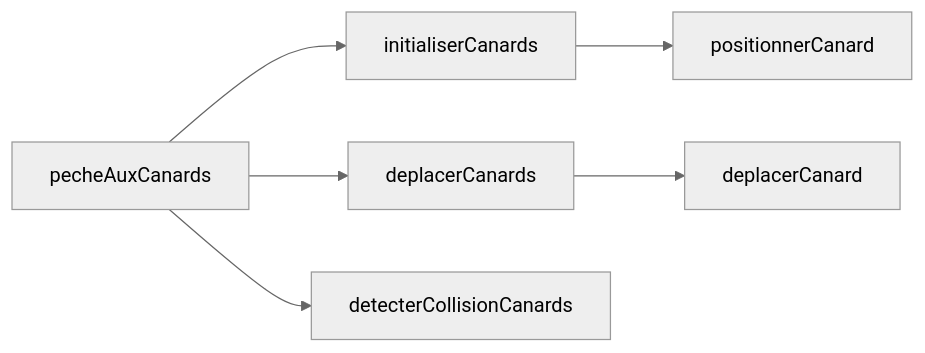
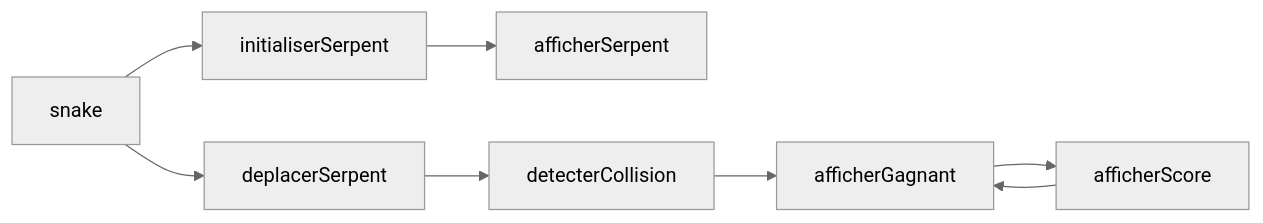
Before and after one commit to ING1-Paris/ece-world-paris-ing1-2022-2023-nintendeau: the second of 5 diagrams in presentation/presentation.md, drawn with Mermaid. The commit also changed other lines of this file, not shown here.

Commit message:
CHANGEMENT : inclusion des graphes d'appels - VERIFIEZ SI CE QUE J'AI FAIT EST OK -BUG d'affichage sur les graphes d'appels j'ignore pourquoi -JAI EXPLIQUE CHAQUE JEU DANS LE RAPPORT

```diff
--- a/presentation/presentation.md
+++ b/presentation/presentation.md
@@ -135,9 +253,11 @@
 <div class="mermaid">
 %%{init: {'theme':'neutral'}}%%
 flowchart LR
-    pecheAuxCanards --> initialiserCanards
-    initialiserCanards --> positionnerCanard
-    pecheAuxCanards --> deplacerCanards
-    deplacerCanards --> deplacerCanard
-    pecheAuxCanards --> detecterCollisionCanards
+    snake --> initialiserSerpent
+    initialiserSerpent --> afficherSerpent
+    snake --> deplacerSerpent
+    deplacerSerpent --> detecterCollision
+    detecterCollision --> afficherGagnant
+    afficherGagnant --> afficherScore
+    afficherScore --> afficherGagnant
 </div>
```
